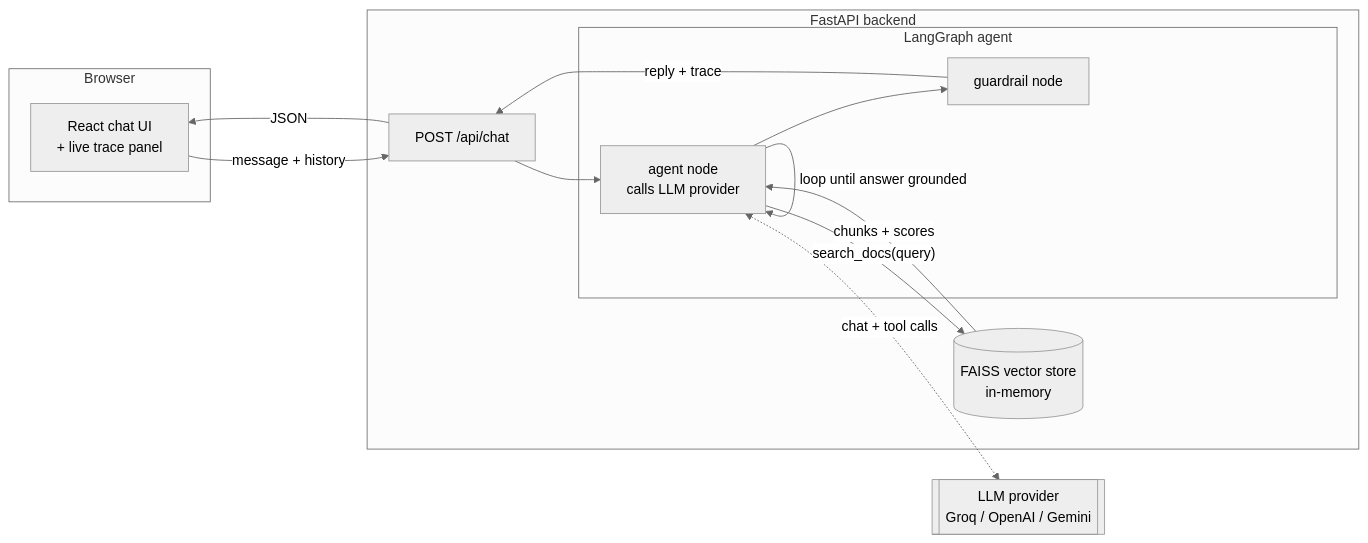
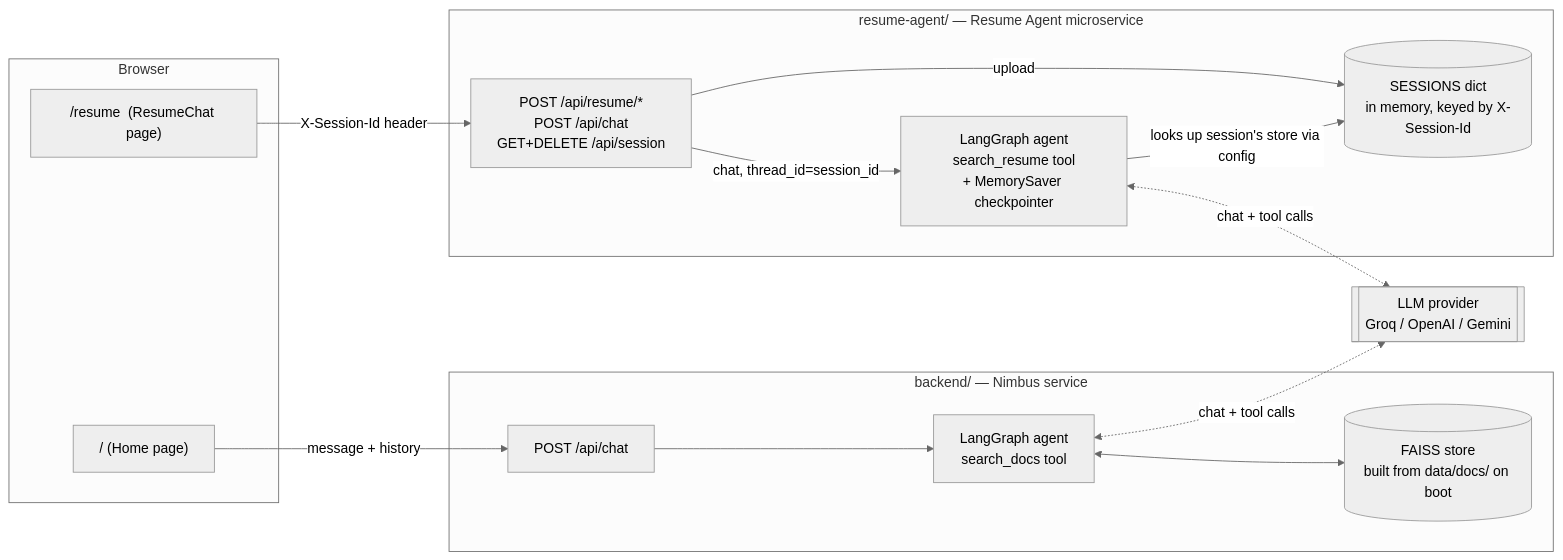
One commit to gvdnikhil/rag-observability-agent changed the first of 3 diagrams in README.md. Above: the diagram before and after it, drawn with Mermaid (neutral theme). The commit also changed other lines of this file and 31 other files, not shown here.

First line of the commit message:
Add Resume Agent microservice: per-session upload, LangGraph memory, ephemeral storage

````diff
--- a/README.md
+++ b/README.md
@@ -20,27 +26,31 @@
 ```mermaid
 flowchart LR
     subgraph Browser
-        UI[React chat UI\n+ live trace panel]
+        Home["/  (Home page)"]
+        ResumePage["/resume  (ResumeChat page)"]
     end
 
-    subgraph Backend [FastAPI backend]
-        API[POST /api/chat]
-        subgraph Agent [LangGraph agent]
-            LLM[agent node\ncalls LLM provider]
-            GR[guardrail node]
-        end
-        Store[(FAISS vector store\nin-memory)]
+    subgraph NimbusSvc [backend/ — Nimbus service]
+        NimbusAPI[POST /api/chat]
+        NimbusAgent[LangGraph agent\nsearch_docs tool]
+        NimbusStore[(FAISS store\nbuilt from data/docs/ on boot)]
+    end
+
+    subgraph ResumeSvc [resume-agent/ — Resume Agent microservice]
+        ResumeAPI[POST /api/resume/*\nPOST /api/chat\nGET+DELETE /api/session]
+        Sessions[(SESSIONS dict\nin memory, keyed by X-Session-Id)]
+        ResumeAgent[LangGraph agent\nsearch_resume tool\n+ MemorySaver checkpointer]
     end
 
     LLMProvider[[LLM provider\nGroq / OpenAI / Gemini]]
 
-    UI -- message + history --> API
-    API --> LLM
-    LLM -- "search_docs(query)" --> Store
-    Store -- chunks + scores --> LLM
-    LLM -- loop until answer grounded --> LLM
-    LLM --> GR
-    GR -- "reply + trace" --> API
-    API -- JSON --> UI
-    LLM <-. chat + tool calls .-> LLMProvider
+    Home -- message + history --> NimbusAPI --> NimbusAgent
+    NimbusAgent <--> NimbusStore
+    NimbusAgent <-. chat + tool calls .-> LLMProvider
+
+    ResumePage -- "X-Session-Id header" --> ResumeAPI
+    ResumeAPI -- upload --> Sessions
+    ResumeAPI -- chat, thread_id=session_id --> ResumeAgent
+    ResumeAgent -- looks up session's store via config --> Sessions
+    ResumeAgent <-. chat + tool calls .-> LLMProvider
 ```
````
